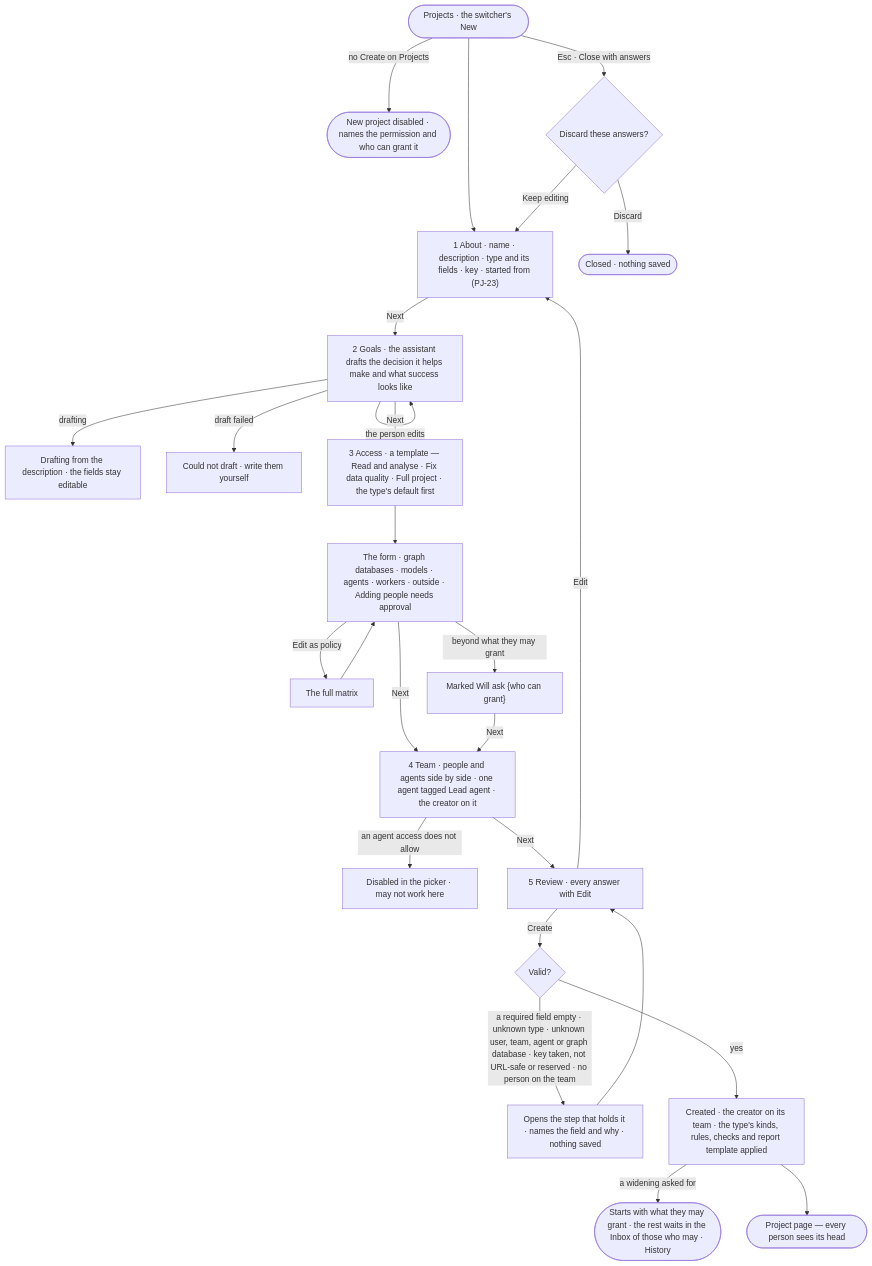
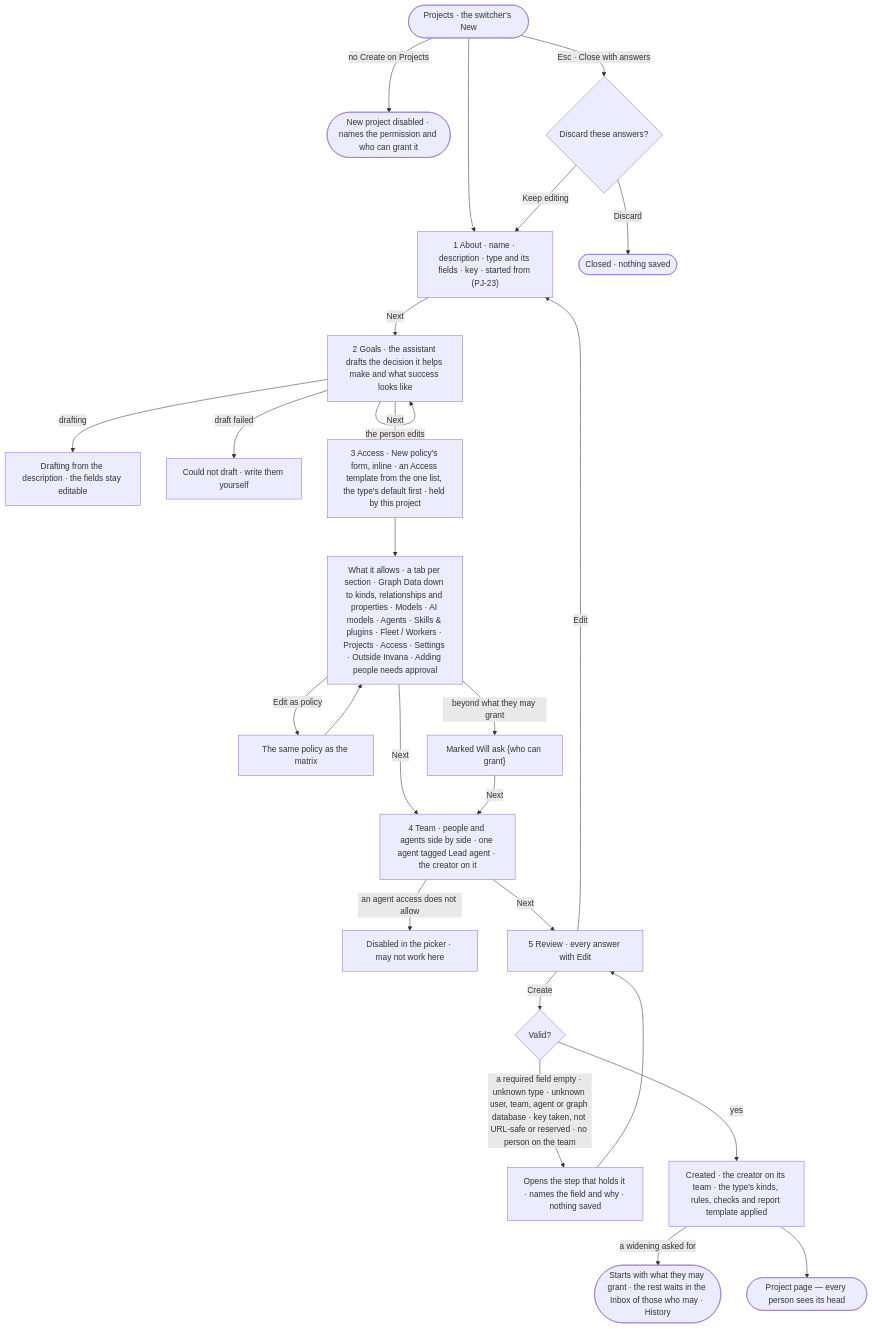
Before and after one commit to invana/invana: the diagram in specs/capabilities/projects/features/PJ-F01-projects-and-tasks/stories/PJ-02-start-a-project-of-its-type/story.md, drawn with Mermaid. The commit also changed other lines of this file and 26 other files, not shown here.

First line of the commit message:
docs(specs): one Access Policy type, tabbed policy form, project limits

````diff
--- a/specs/capabilities/projects/features/PJ-F01-projects-and-tasks/stories/PJ-02-start-a-project-of-its-type/story.md
+++ b/specs/capabilities/projects/features/PJ-F01-projects-and-tasks/stories/PJ-02-start-a-project-of-its-type/story.md
@@ -31,26 +31,26 @@
 ```mermaid
 flowchart TD
   s([Projects · the switcher's New]) -->|no Create on Projects| off(["New project disabled · names the permission and who can grant it"])
   s --> a["1 About · name · description · type and its fields · key · started from (PJ-23)"]
   a -->|Next| g["2 Goals · the assistant drafts the decision it helps make and what success looks like"]
   g -->|drafting| gl["Drafting from the description · the fields stay editable"]
   g -->|draft failed| gf["Could not draft · write them yourself"]
   g -->|the person edits| g
-  g -->|Next| d["3 Access · a template — Read and analyse · Fix data quality · Full project · the type's default first"]
-  d --> form["The form · graph databases · models · agents · workers · outside · Adding people needs approval"]
-  form -->|Edit as policy| mx["The full matrix"] --> form
+  g -->|Next| d["3 Access · New policy's form, inline · an Access template from the one list, the type's default first · held by this project"]
+  d --> form["What it allows · a tab per section · Graph Data down to kinds, relationships and properties · Models · AI models · Agents · Skills & plugins · Fleet / Workers · Projects · Access · Settings · Outside Invana · Adding people needs approval"]
+  form -->|Edit as policy| mx["The same policy as the matrix"] --> form
   form -->|beyond what they may grant| askn["Marked Will ask {who can grant}"]
   form -->|Next| t["4 Team · people and agents side by side · one agent tagged Lead agent · the creator on it"]
   askn -->|Next| t
   t -->|an agent access does not allow| na["Disabled in the picker · may not work here"]
   t -->|Next| r["5 Review · every answer with Edit"]
   r -->|Edit| a
   r -->|Create| v{"Valid?"}
   v -->|a required field empty · unknown type · unknown user, team, agent or graph database · key taken, not URL-safe or reserved · no person on the team| ref["Opens the step that holds it · names the field and why · nothing saved"] --> r
   v -->|yes| c["Created · the creator on its team · the type's kinds, rules, checks and report template applied"]
   c -->|a widening asked for| pend(["Starts with what they may grant · the rest waits in the Inbox of those who may · History"])
   c --> pg(["Project page — every person sees its head"])
   s -->|Esc · Close with answers| x{"Discard these answers?"}
   x -->|Keep editing| a
   x -->|Discard| out(["Closed · nothing saved"])
 ```
````
